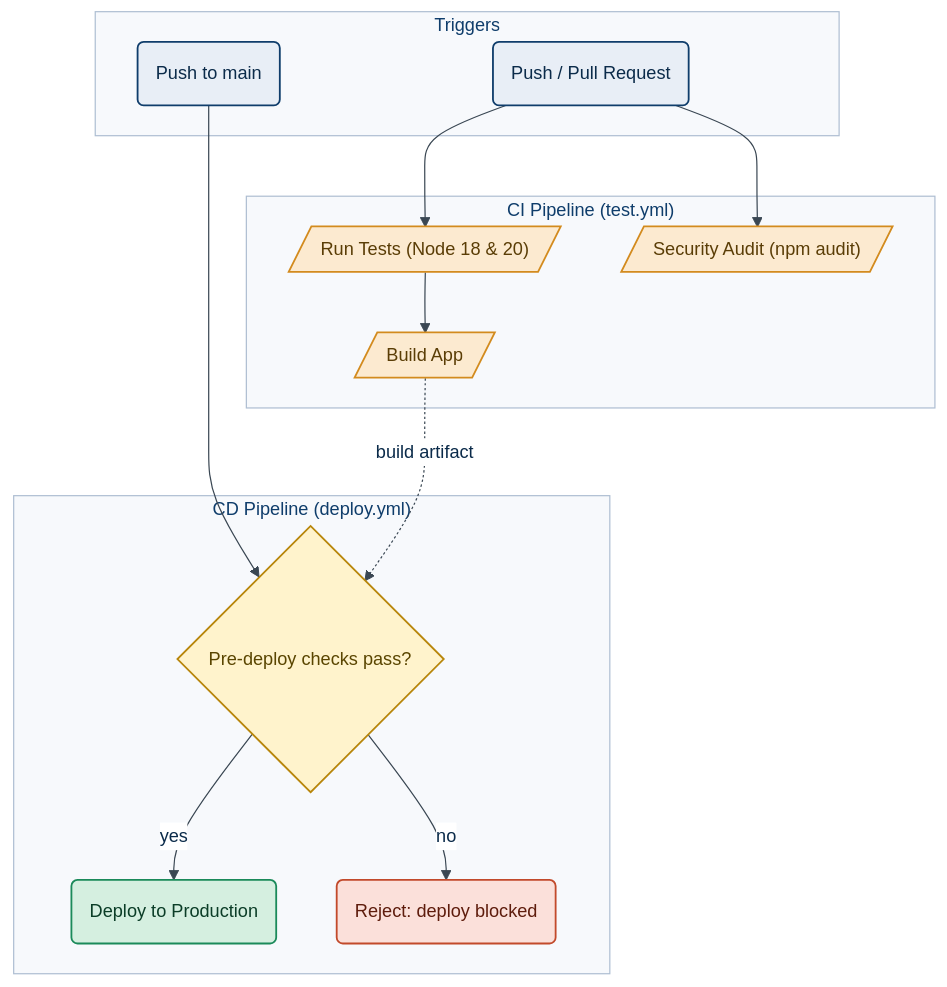
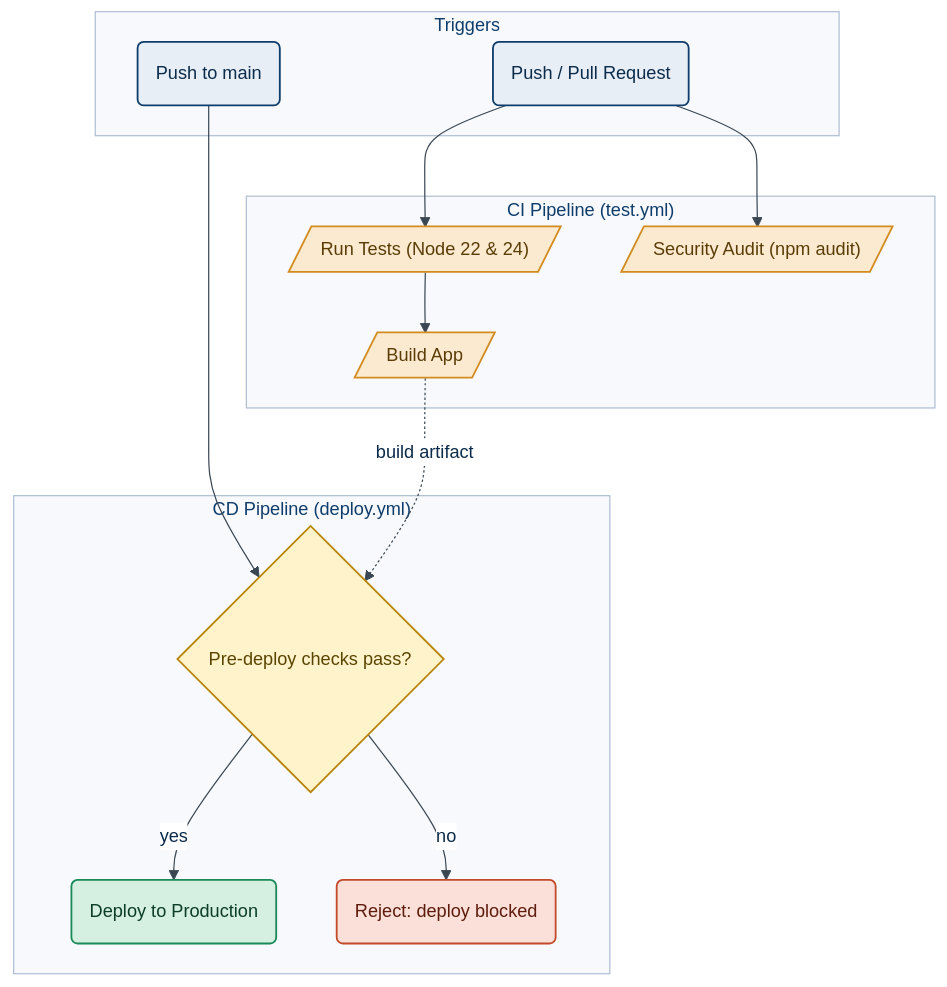
Before and after one commit to KennyGraham1/catalogofcatalogs: the diagram in docs/source/appendix/ci_cd_setup.rst, drawn with Mermaid. The commit also changed other lines of this file and 57 other files, not shown here.

```diff
--- a/docs/source/appendix/ci_cd_setup.rst
+++ b/docs/source/appendix/ci_cd_setup.rst
@@ -14,51 +14,51 @@
 .. mermaid::
    :align: center
 
    %%{init: {"theme":"base","themeVariables":{"fontFamily":"Inter, \"Helvetica Neue\", Arial, sans-serif","fontSize":"15px","lineColor":"#3A4753","primaryColor":"#D6E4F5","primaryBorderColor":"#1B5FA8","primaryTextColor":"#0B2B4A","secondaryColor":"#CFEAE6","tertiaryColor":"#FBEAD2","mainBkg":"#D6E4F5","nodeBorder":"#1B5FA8","clusterBkg":"#F7F9FC","clusterBorder":"#AEBED2","titleColor":"#0F3D6B","edgeLabelBackground":"#FFFFFF"}}}%%
    flowchart TD
        subgraph Triggers["Triggers"]
            Push("Push / Pull Request")
            Main("Push to main")
        end
 
        subgraph CI["CI Pipeline (test.yml)"]
-           Test[/"Run Tests (Node 18 &amp; 20)"/]
+           Test[/"Run Tests (Node 22 &amp; 24)"/]
            Security[/"Security Audit (npm audit)"/]
            Build[/"Build App"/]
        end
 
        subgraph CD["CD Pipeline (deploy.yml)"]
            DeployCheck{"Pre-deploy checks pass?"}
            Deploy("Deploy to Production")
            DeployFail("Reject: deploy blocked")
        end
 
        Push --> Test
        Push --> Security
        Test --> Build
        Main --> DeployCheck
        Build -. "build artifact" .-> DeployCheck
        DeployCheck -->|"yes"| Deploy
        DeployCheck -->|"no"| DeployFail
 
        style Triggers fill:#F7F9FC,stroke:#AEBED2,stroke-width:1px,color:#0F3D6B
        style CI fill:#F7F9FC,stroke:#AEBED2,stroke-width:1px,color:#0F3D6B
        style CD fill:#F7F9FC,stroke:#AEBED2,stroke-width:1px,color:#0F3D6B
 
        class Push,Main userAction
        class Test,Security,Build process
        class DeployCheck decision
        class Deploy success
        class DeployFail warning
 
        classDef userAction fill:#E8EEF6,stroke:#0F3D6B,stroke-width:1.5px,color:#0B2B4A
        classDef frontend fill:#D6E4F5,stroke:#1B5FA8,stroke-width:1.5px,color:#0B2B4A
        classDef backend fill:#CFEAE6,stroke:#0E7C72,stroke-width:1.5px,color:#08423D
        classDef library fill:#FBEAD2,stroke:#9C6A12,stroke-width:1.5px,color:#5A3D06
        classDef datastore fill:#E3E7EB,stroke:#3A4753,stroke-width:1.5px,color:#1E2731
        classDef external fill:#EFDDEC,stroke:#8E3A82,stroke-width:1.5px,color:#4A1C43,stroke-dasharray:4 3
        classDef process fill:#FCEAD0,stroke:#D38B1E,stroke-width:1.5px,color:#5A3D06
        classDef decision fill:#FFF3CC,stroke:#B8860B,stroke-width:1.5px,color:#5A4500
        classDef success fill:#D5EFE0,stroke:#1B8A5A,stroke-width:1.5px,color:#0B3D27
        classDef warning fill:#FBE0DA,stroke:#C24A2B,stroke-width:1.5px,color:#5E1C0C
        classDef terminal fill:#1F2D3D,stroke:#0B1622,stroke-width:1.5px,color:#FFFFFF
```
